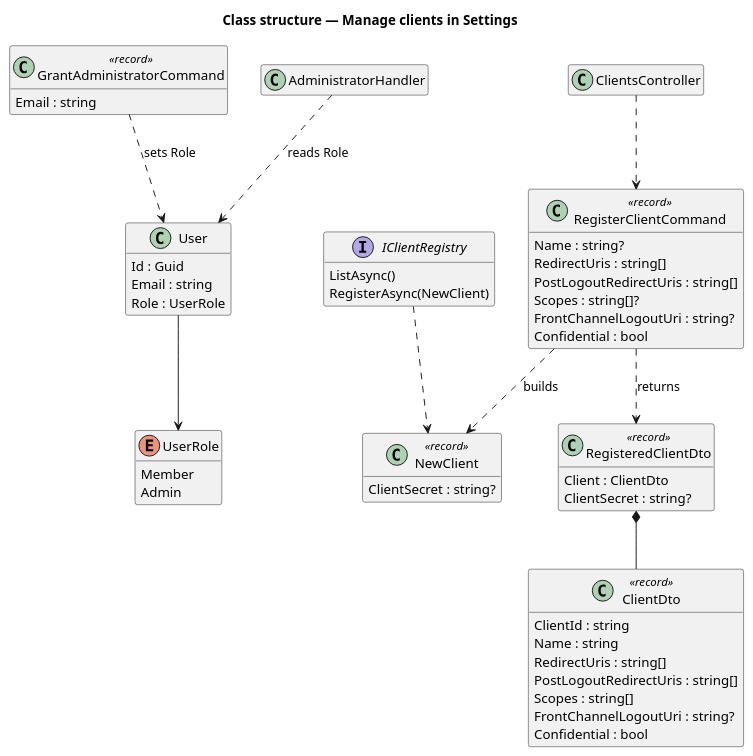
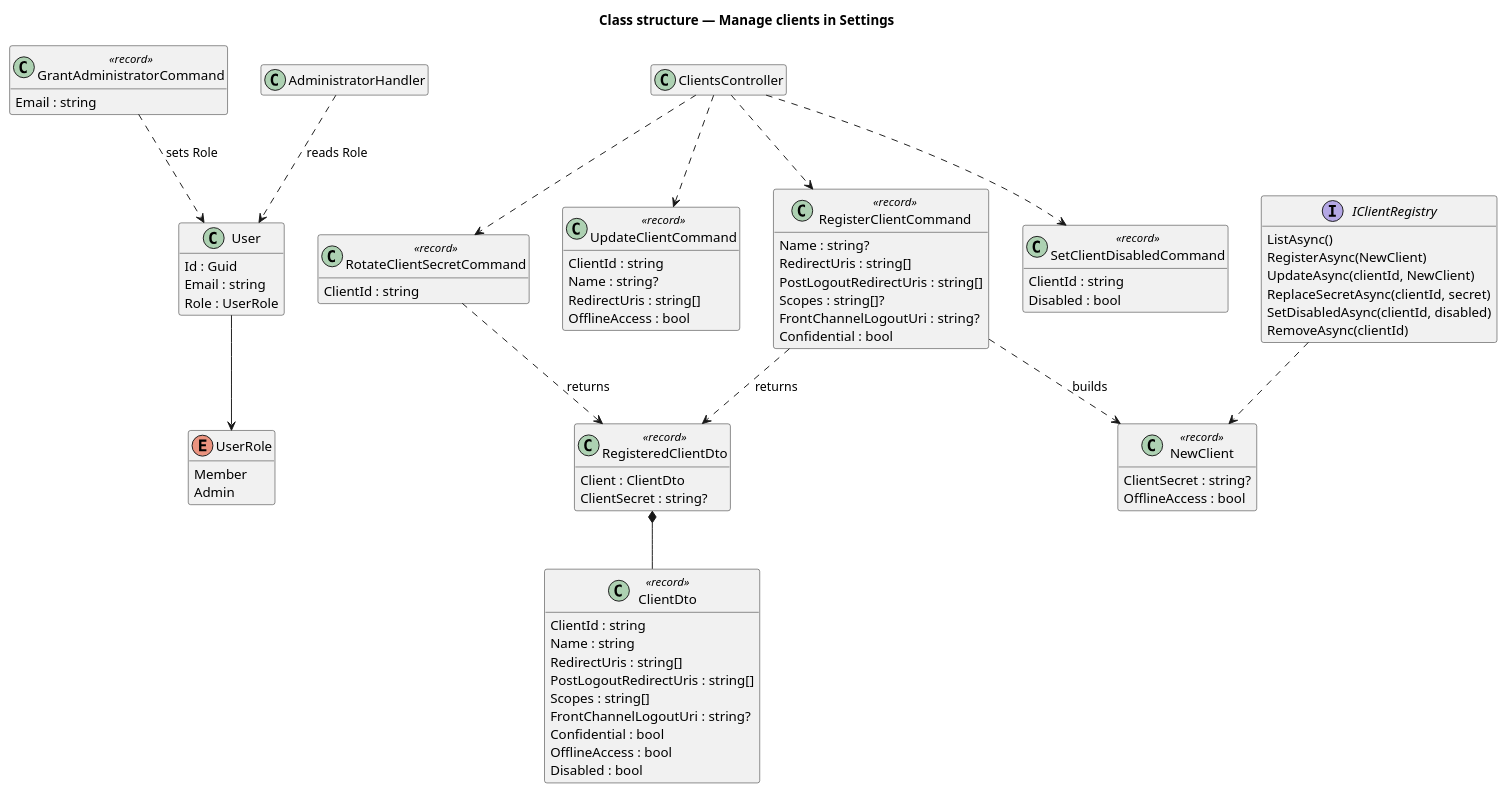
Before and after one commit to QuinntyneBrown/ingresso: the diagram in docs/detailed-designs/identity-provider/manage-clients-in-settings/diagrams/class-structure.puml, drawn with PlantUML. The commit also changed 40 other files, not shown here.

```diff
--- a/docs/detailed-designs/identity-provider/manage-clients-in-settings/diagrams/class-structure.puml
+++ b/docs/detailed-designs/identity-provider/manage-clients-in-settings/diagrams/class-structure.puml
@@ -1,54 +1,78 @@
 @startuml
 title Class structure — Manage clients in Settings
 hide empty members
 enum UserRole {
   Member
   Admin
 }
 class User {
   Id : Guid
   Email : string
   Role : UserRole
 }
 User --> UserRole
 class GrantAdministratorCommand <<record>> {
   Email : string
 }
 class RegisterClientCommand <<record>> {
   Name : string?
   RedirectUris : string[]
   PostLogoutRedirectUris : string[]
   Scopes : string[]?
   FrontChannelLogoutUri : string?
   Confidential : bool
 }
 class RegisteredClientDto <<record>> {
   Client : ClientDto
   ClientSecret : string?
 }
 class ClientDto <<record>> {
   ClientId : string
   Name : string
   RedirectUris : string[]
   PostLogoutRedirectUris : string[]
   Scopes : string[]
   FrontChannelLogoutUri : string?
   Confidential : bool
+  OfflineAccess : bool
+  Disabled : bool
 }
 class NewClient <<record>> {
   ClientSecret : string?
+  OfflineAccess : bool
+}
+class UpdateClientCommand <<record>> {
+  ClientId : string
+  Name : string?
+  RedirectUris : string[]
+  OfflineAccess : bool
+}
+class RotateClientSecretCommand <<record>> {
+  ClientId : string
+}
+class SetClientDisabledCommand <<record>> {
+  ClientId : string
+  Disabled : bool
 }
 interface IClientRegistry {
   ListAsync()
   RegisterAsync(NewClient)
+  UpdateAsync(clientId, NewClient)
+  ReplaceSecretAsync(clientId, secret)
+  SetDisabledAsync(clientId, disabled)
+  RemoveAsync(clientId)
 }
 class AdministratorHandler
 class ClientsController
 RegisterClientCommand ..> RegisteredClientDto : returns
 RegisteredClientDto *-- ClientDto
 RegisterClientCommand ..> NewClient : builds
 IClientRegistry ..> NewClient
 ClientsController ..> RegisterClientCommand
+ClientsController ..> UpdateClientCommand
+ClientsController ..> RotateClientSecretCommand
+ClientsController ..> SetClientDisabledCommand
+RotateClientSecretCommand ..> RegisteredClientDto : returns
 AdministratorHandler ..> User : reads Role
 GrantAdministratorCommand ..> User : sets Role
 @enduml
```
